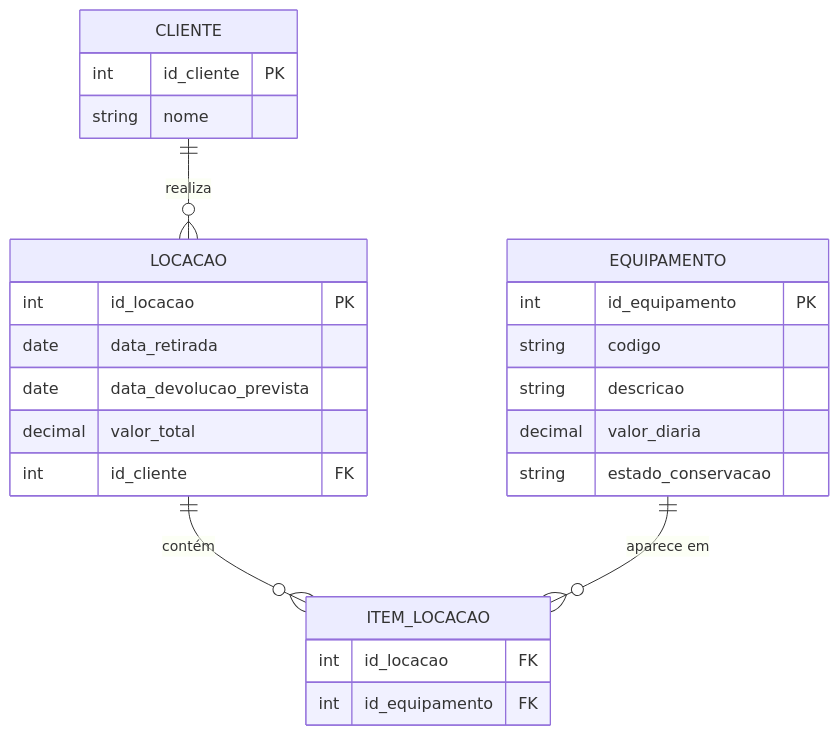
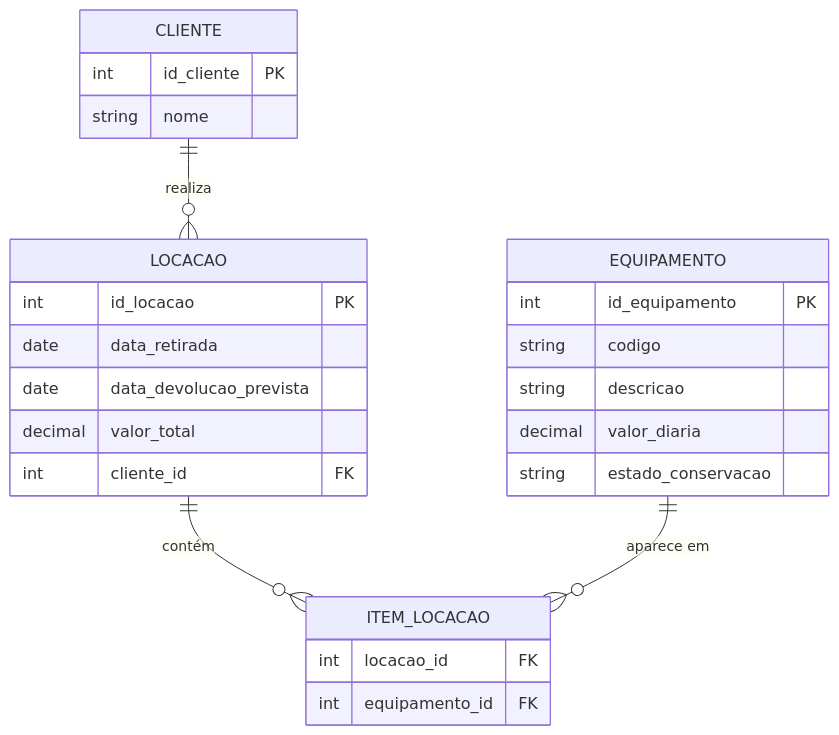
One commit to GTI-Fatec-Jahu/BDA-GTI-2026-2 changed the second of 5 diagrams in docs/aulas/Aula_02_Gabarito.md. Above: the diagram before and after it, drawn with Mermaid. The commit also changed other lines of this file and 7 other files, not shown here.

````diff
--- a/docs/aulas/Aula_02_Gabarito.md
+++ b/docs/aulas/Aula_02_Gabarito.md
@@ -63,29 +63,29 @@
 ```mermaid
 erDiagram
     CLIENTE {
         int id_cliente PK
         string nome
     }
     EQUIPAMENTO {
         int id_equipamento PK
         string codigo
         string descricao
         decimal valor_diaria
         string estado_conservacao
     }
     LOCACAO {
         int id_locacao PK
         date data_retirada
         date data_devolucao_prevista
         decimal valor_total
-        int id_cliente FK
+        int cliente_id FK
     }
     ITEM_LOCACAO {
-        int id_locacao FK
-        int id_equipamento FK
+        int locacao_id FK
+        int equipamento_id FK
     }
 
     CLIENTE ||--o{ LOCACAO : "realiza"
     LOCACAO ||--o{ ITEM_LOCACAO : "contém"
     EQUIPAMENTO ||--o{ ITEM_LOCACAO : "aparece em"
 ```
````
